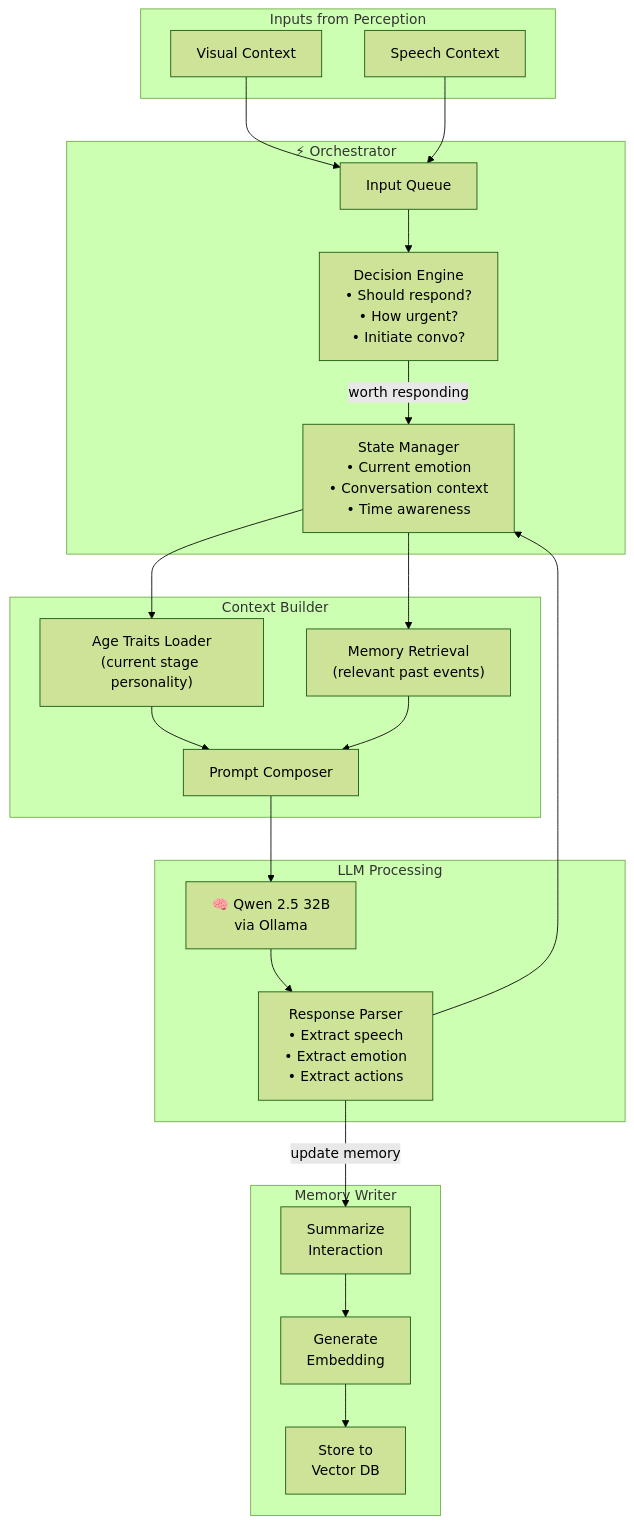
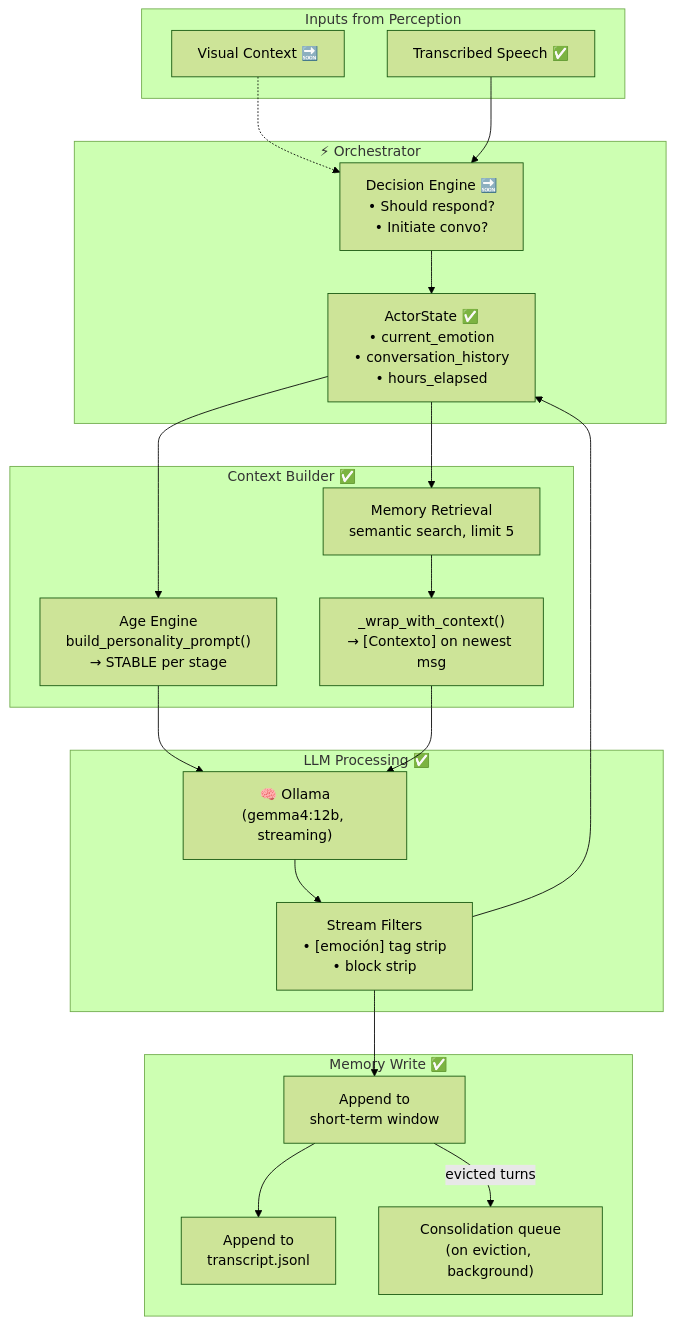
Before and after one commit to sgl-a/Indira: the third of 10 diagrams in ARCHITECTURE.md, drawn with Mermaid (forest theme). The commit also changed other lines of this file and 10 other files, not shown here.

Commit message:
Updated Architecture and Tech Stack. Updated Readme for accurate installation

````diff
--- a/ARCHITECTURE.md
+++ b/ARCHITECTURE.md
@@ -164,43 +168,42 @@
 ```mermaid
 flowchart TB
     subgraph INPUTS ["Inputs from Perception"]
-        VISUAL["Visual Context"]
-        SPEECH["Speech Context"]
+        VISUAL["Visual Context 🔜"]
+        SPEECH["Transcribed Speech ✅"]
     end
 
     subgraph ORCHESTRATOR ["⚡ Orchestrator"]
-        QUEUE["Input Queue"]
-        DECISION["Decision Engine\n• Should respond?\n• How urgent?\n• Initiate convo?"]
-        STATE["State Manager\n• Current emotion\n• Conversation context\n• Time awareness"]
+        DECISION["Decision Engine 🔜\n• Should respond?\n• Initiate convo?"]
+        STATE["ActorState ✅\n• current_emotion\n• conversation_history\n• hours_elapsed"]
     end
 
-    subgraph CONTEXT_BUILDER ["Context Builder"]
-        AGE_TRAITS["Age Traits Loader\n(current stage personality)"]
-        MEM_RETRIEVAL["Memory Retrieval\n(relevant past events)"]
-        PROMPT["Prompt Composer"]
+    subgraph CONTEXT_BUILDER ["Context Builder ✅"]
+        AGE_TRAITS["Age Engine\nbuild_personality_prompt()\n→ STABLE per stage"]
+        MEM_RETRIEVAL["Memory Retrieval\nsemantic search, limit 5"]
+        ENVELOPE["_wrap_with_context()\n→ [Contexto] on newest msg"]
     end
 
-    subgraph LLM_CALL ["LLM Processing"]
-        LLM["🧠 Qwen 2.5 32B\nvia Ollama"]
-        PARSE["Response Parser\n• Extract speech\n• Extract emotion\n• Extract actions"]
+    subgraph LLM_CALL ["LLM Processing ✅"]
+        LLM["🧠 Ollama\n(gemma4:12b, streaming)"]
+        PARSE["Stream Filters\n• [emoción] tag strip\n• <think> block strip"]
     end
 
-    subgraph MEM_WRITE ["Memory Writer"]
-        SUMMARIZE["Summarize\nInteraction"]
-        EMBED["Generate\nEmbedding"]
-        STORE["Store to\nVector DB"]
+    subgraph MEM_WRITE ["Memory Write ✅"]
+        WINDOW["Append to\nshort-term window"]
+        PERSIST["Append to\ntranscript.jsonl"]
+        CONSOL["Consolidation queue\n(on eviction, background)"]
     end
 
-    VISUAL --> QUEUE
-    SPEECH --> QUEUE
-    QUEUE --> DECISION
-    DECISION -->|"worth responding"| STATE
+    VISUAL -.-> DECISION
+    SPEECH --> DECISION
+    DECISION --> STATE
     STATE --> AGE_TRAITS
     STATE --> MEM_RETRIEVAL
-    AGE_TRAITS --> PROMPT
-    MEM_RETRIEVAL --> PROMPT
-    PROMPT --> LLM
+    MEM_RETRIEVAL --> ENVELOPE
+    AGE_TRAITS --> LLM
+    ENVELOPE --> LLM
     LLM --> PARSE
     PARSE --> STATE
-    PARSE -->|"update memory"| SUMMARIZE --> EMBED --> STORE
+    PARSE --> WINDOW --> PERSIST
+    WINDOW -->|"evicted turns"| CONSOL
 ```
````
